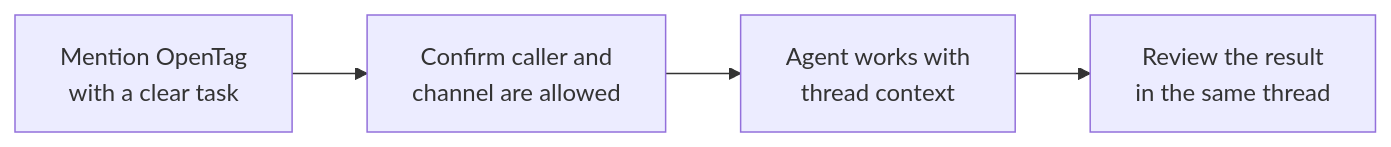
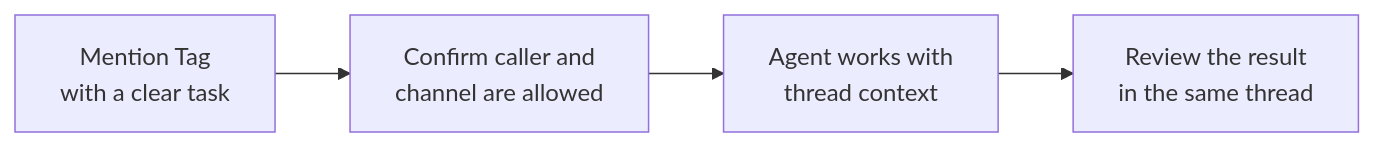
Before and after one commit to klovr-co/hover-tag: the fifth of 19 diagrams in docs/user-flows.md, drawn with Mermaid. The commit also changed other lines of this file and 23 other files, not shown here.

````diff
--- a/docs/user-flows.md
+++ b/docs/user-flows.md
@@ -187,9 +187,9 @@
 ```mermaid
 flowchart LR
-    Ask["Mention OpenTag<br/>with a clear task"]
+    Ask["Mention Tag<br/>with a clear task"]
     Check["Confirm caller and<br/>channel are allowed"]
     Work["Agent works with<br/>thread context"]
     Reply["Review the result<br/>in the same thread"]
 
     Ask --> Check --> Work --> Reply
 ```
````
